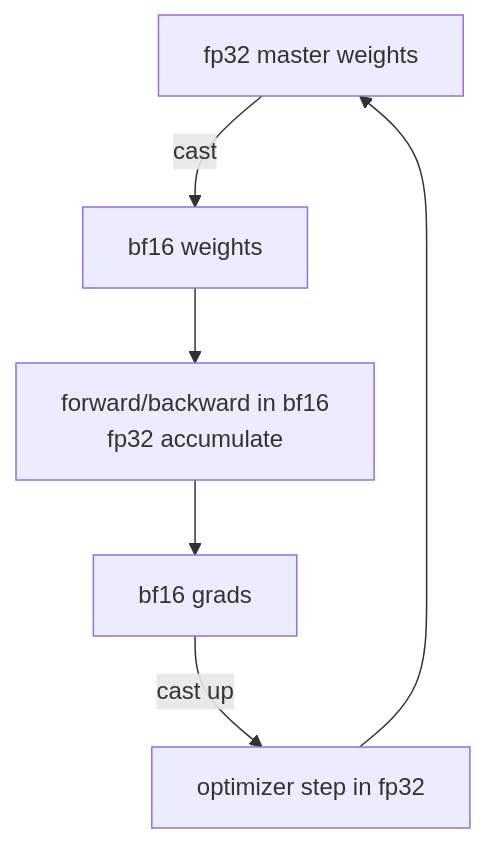
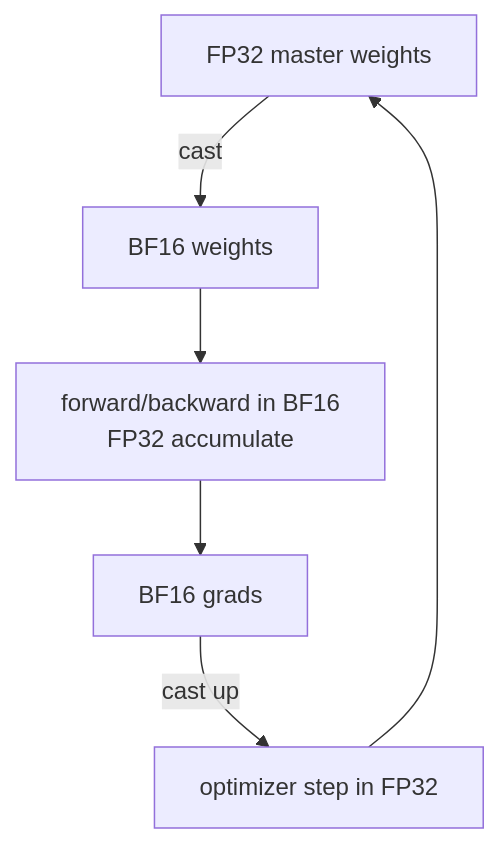
Before and after one commit to youyun8/deep-kernel-handbook: the diagram in docs/foundations/numerics-precision.md, drawn with Mermaid. The commit also changed other lines of this file and 43 other files, not shown here.

````diff
--- a/docs/foundations/numerics-precision.md
+++ b/docs/foundations/numerics-precision.md
@@ -74,8 +74,8 @@
 ```mermaid
 flowchart TB
-    W32[fp32 master weights] -->|cast| W16[bf16 weights]
-    W16 --> FWD[forward/backward in bf16<br/>fp32 accumulate]
-    FWD --> G16[bf16 grads]
-    G16 -->|cast up| OPT[optimizer step in fp32]
+    W32[FP32 master weights] -->|cast| W16[BF16 weights]
+    W16 --> FWD[forward/backward in BF16<br/>FP32 accumulate]
+    FWD --> G16[BF16 grads]
+    G16 -->|cast up| OPT[optimizer step in FP32]
     OPT --> W32
 ```
````
